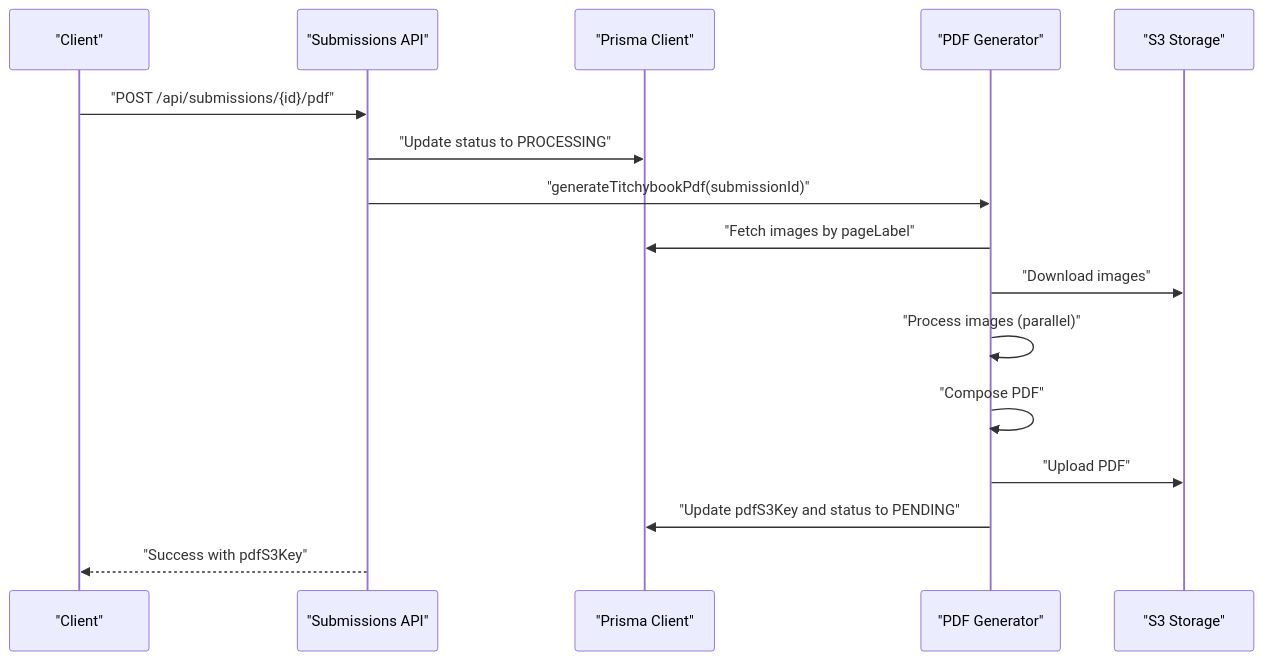
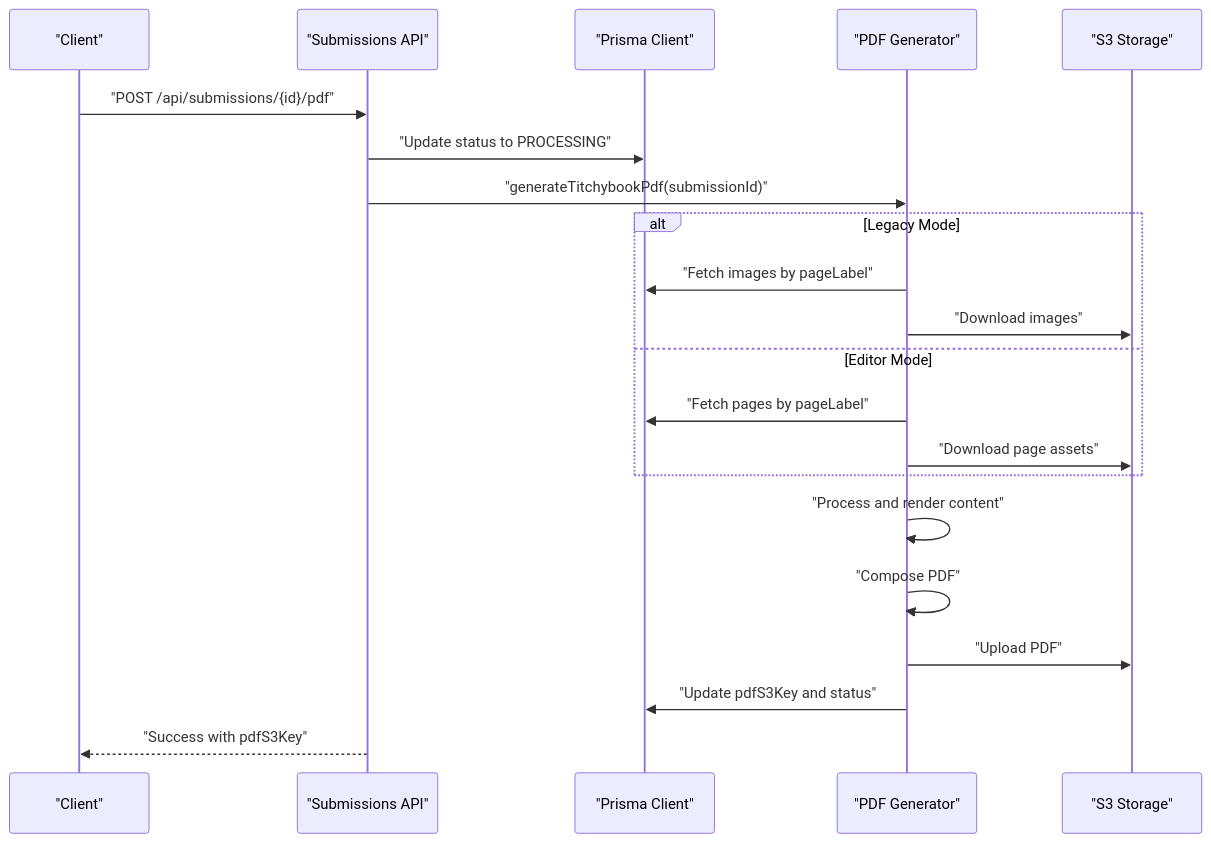
Before and after one commit to Crowdspender/titchybooks-app: the third of 4 diagrams in .qoder/repowiki/en/content/Database Design/Database Design.md, drawn with Mermaid. The commit also changed other lines of this file and 62 other files, not shown here.

````diff
--- a/.qoder/repowiki/en/content/Database Design/Database Design.md
+++ b/.qoder/repowiki/en/content/Database Design/Database Design.md
@@ -280,18 +637,23 @@
 ```mermaid
 sequenceDiagram
 participant Client as "Client"
 participant API as "Submissions API"
 participant DB as "Prisma Client"
 participant PDF as "PDF Generator"
 participant S3 as "S3 Storage"
 Client->>API : "POST /api/submissions/{id}/pdf"
 API->>DB : "Update status to PROCESSING"
 API->>PDF : "generateTitchybookPdf(submissionId)"
+alt Legacy Mode
 PDF->>DB : "Fetch images by pageLabel"
 PDF->>S3 : "Download images"
-PDF->>PDF : "Process images (parallel)"
+else Editor Mode
+PDF->>DB : "Fetch pages by pageLabel"
+PDF->>S3 : "Download page assets"
+end
+PDF->>PDF : "Process and render content"
 PDF->>PDF : "Compose PDF"
 PDF->>S3 : "Upload PDF"
-PDF->>DB : "Update pdfS3Key and status to PENDING"
+PDF->>DB : "Update pdfS3Key and status"
 API-->>Client : "Success with pdfS3Key"
 ```
````
